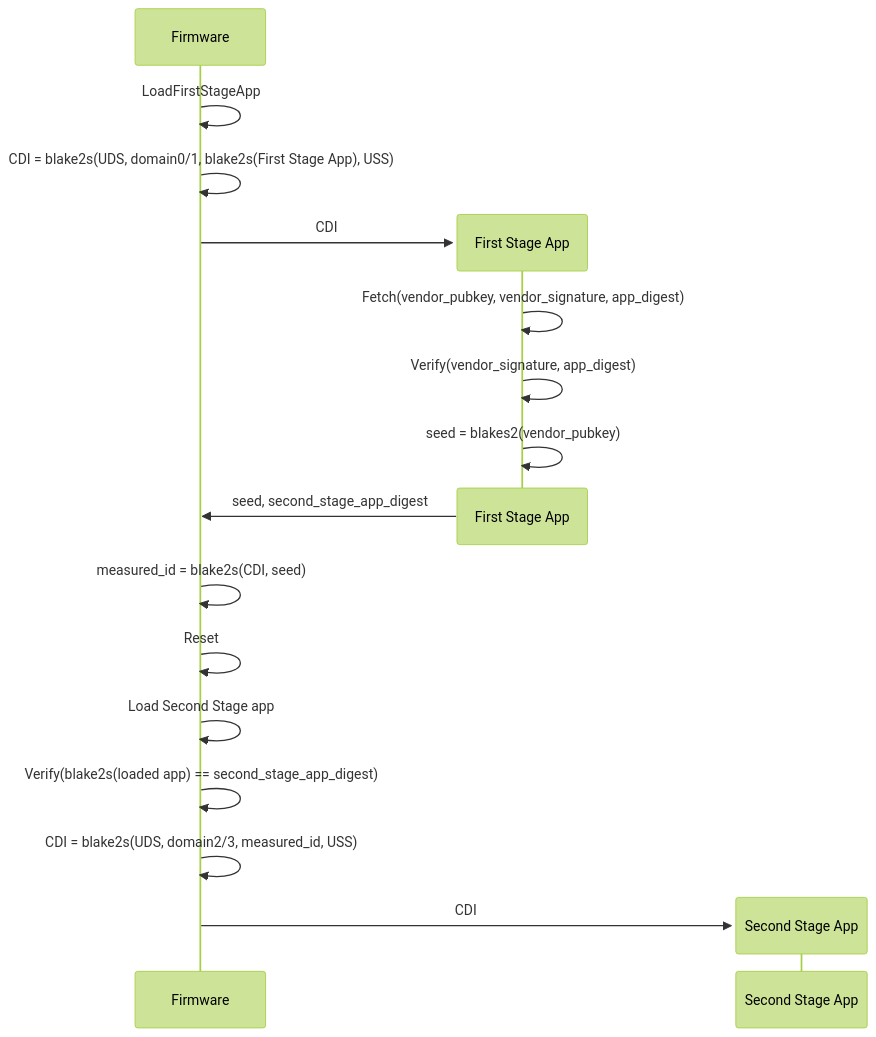
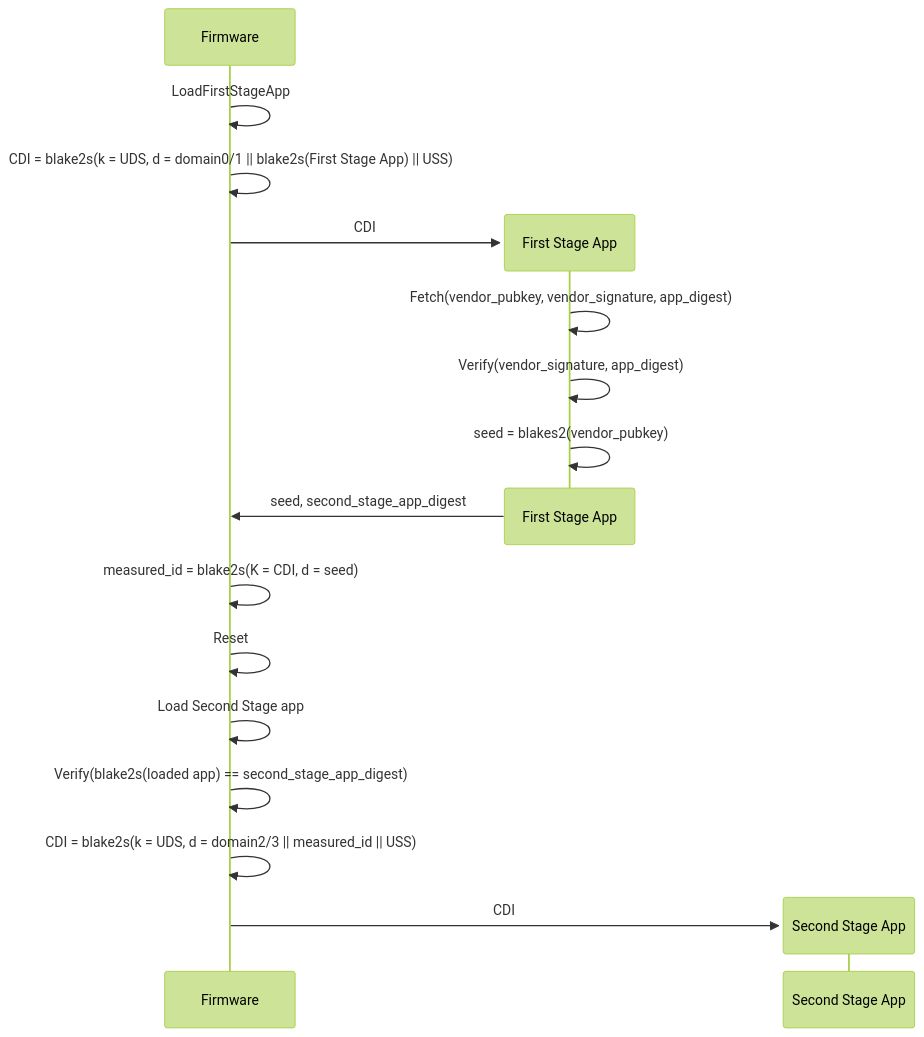
One commit to tillitis/tkey-boot-verifier changed the first of 3 diagrams in doc/design.md. Above: the diagram before and after it, drawn with Mermaid (forest theme). The commit also changed other lines of this file, not shown here.

First line of the commit message:
docs: clarify blake2s key and data parameters in CDI computation

````diff
--- a/doc/design.md
+++ b/doc/design.md
@@ -147,19 +157,19 @@
 ```mermaid
 sequenceDiagram
     Firmware->>Firmware: LoadFirstStageApp
-    Firmware->>Firmware: CDI = blake2s(UDS, domain0/1, blake2s(First Stage App), USS)
+    Firmware->>Firmware: CDI = blake2s(k = UDS, d = domain0/1 || blake2s(First Stage App) || USS)
     create participant First Stage App
     Firmware->>First Stage App: CDI
     First Stage App->>First Stage App: Fetch(vendor_pubkey, vendor_signature, app_digest)
     First Stage App->>First Stage App: Verify(vendor_signature, app_digest)
     First Stage App->>First Stage App: seed = blakes2(vendor_pubkey)
     destroy First Stage App
     First Stage App->>Firmware: seed, second_stage_app_digest
-    Firmware->>Firmware: measured_id = blake2s(CDI, seed)
+    Firmware->>Firmware: measured_id = blake2s(K = CDI, d = seed)
     Firmware->>Firmware: Reset
     Firmware->>Firmware: Load Second Stage app
     Firmware->>Firmware: Verify(blake2s(loaded app) == second_stage_app_digest)
-    Firmware->>Firmware: CDI = blake2s(UDS, domain2/3, measured_id, USS)
+    Firmware->>Firmware: CDI = blake2s(k = UDS, d = domain2/3 || measured_id || USS)
     create participant Second Stage App
     Firmware->>Second Stage App: CDI
 ```
````
